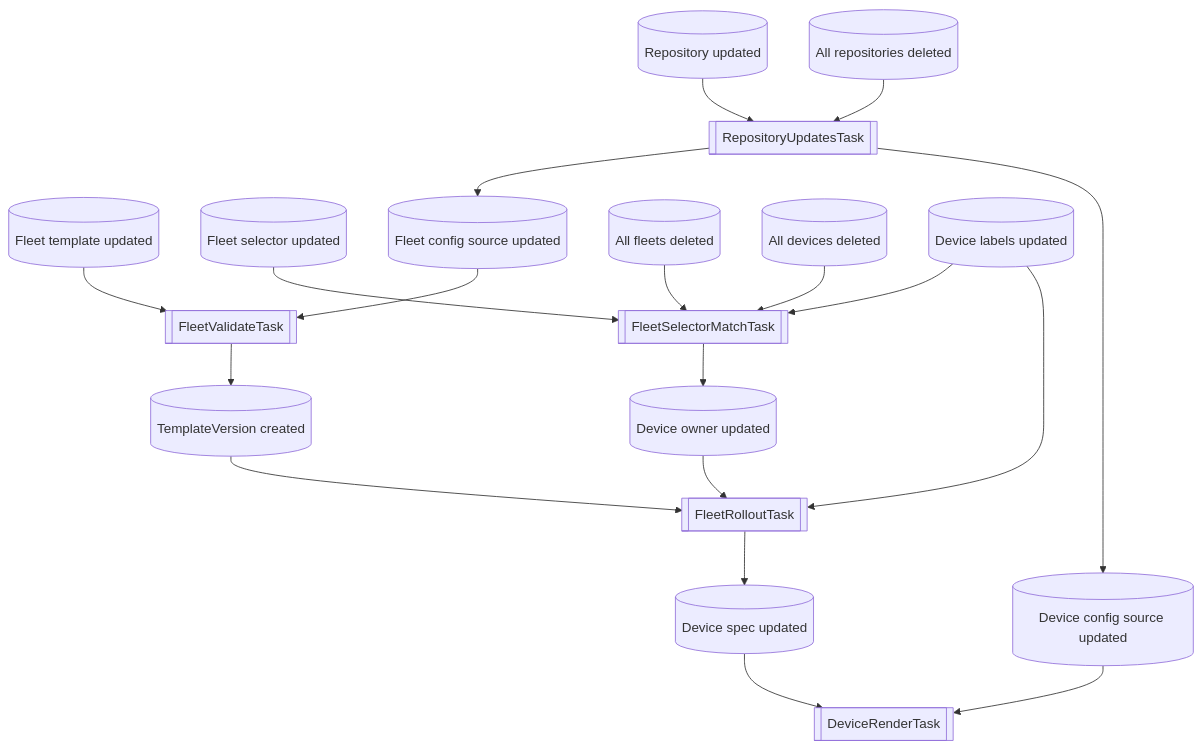
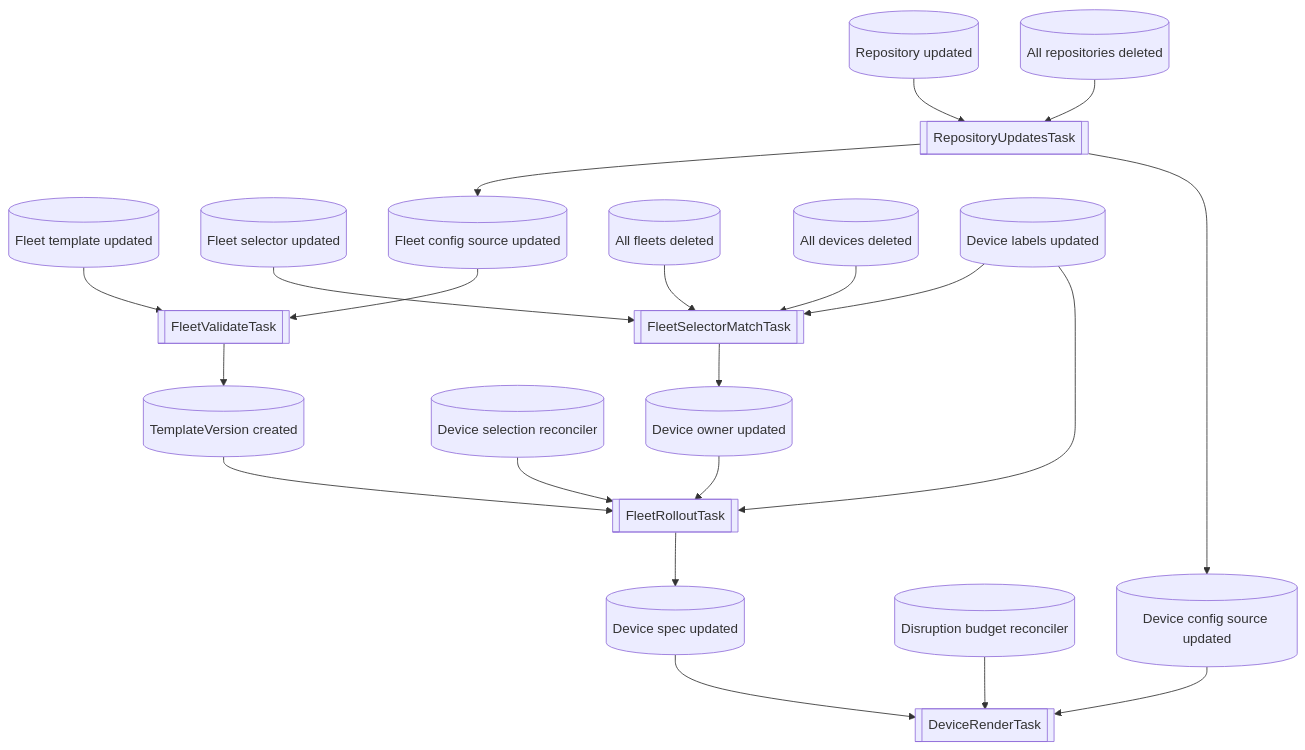
The diagram in docs/developer/architecture/tasks.md (flightctl/flightctl), drawn with Mermaid before and after one commit. The commit also changed other lines of this file and 2 other files, not shown here.

Commit message:
EDM-1064: Add architecture documentation for rollout policies

````diff
--- a/docs/developer/architecture/tasks.md
+++ b/docs/developer/architecture/tasks.md
@@ -14,22 +14,24 @@
 ```mermaid
 flowchart TD
     FltTemplateUpdated[(Fleet template updated)] --> FleetValidateTask[[FleetValidateTask]]
     FltSelectorUpdated[(Fleet selector updated)] --> FleetSelectorMatchTask[[FleetSelectorMatchTask]]
     FltConfigSourceUpdated[(Fleet config source updated)] --> FleetValidateTask[[FleetValidateTask]]
     RepoUpdated[(Repository updated)] --> RepositoryUpdatesTask[[RepositoryUpdatesTask]]
     ReposDeleted[(All repositories deleted)] --> RepositoryUpdatesTask[[RepositoryUpdatesTask]]
     FleetsDeleted[(All fleets deleted)] --> FleetSelectorMatchTask[[FleetSelectorMatchTask]]
     DevsDeleted[(All devices deleted)] --> FleetSelectorMatchTask[[FleetSelectorMatchTask]]
     DevLabelsUpdated[(Device labels updated)] --> FleetSelectorMatchTask[[FleetSelectorMatchTask]]
     DevSpecUpdated[(Device spec updated)] --> DeviceRenderTask[[DeviceRenderTask]]
+    DisruptionBudgetReconciler[(Disruption budget reconciler)] --> DeviceRenderTask
     DevConfigSourceUpdated[(Device config source updated)] --> DeviceRenderTask[[DeviceRenderTask]]
     TemplateVersionCreated[(TemplateVersion created)] --> FleetRolloutTask[[FleetRolloutTask]]
+    DeviceSelectionReconciler[(Device selection reconciler)] --> FleetRolloutTask
     DevLabelsUpdated --> FleetRolloutTask
     DevOwnerUpdated[(Device owner updated)] --> FleetRolloutTask
 
     FleetRolloutTask --> DevSpecUpdated
     FleetSelectorMatchTask --> DevOwnerUpdated
     FleetValidateTask --> TemplateVersionCreated
     RepositoryUpdatesTask --> FltConfigSourceUpdated
     RepositoryUpdatesTask --> DevConfigSourceUpdated
 ```
````
